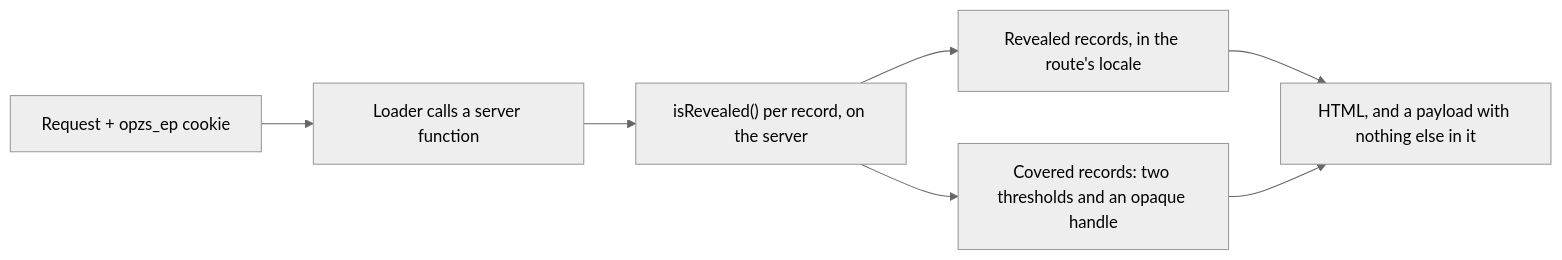
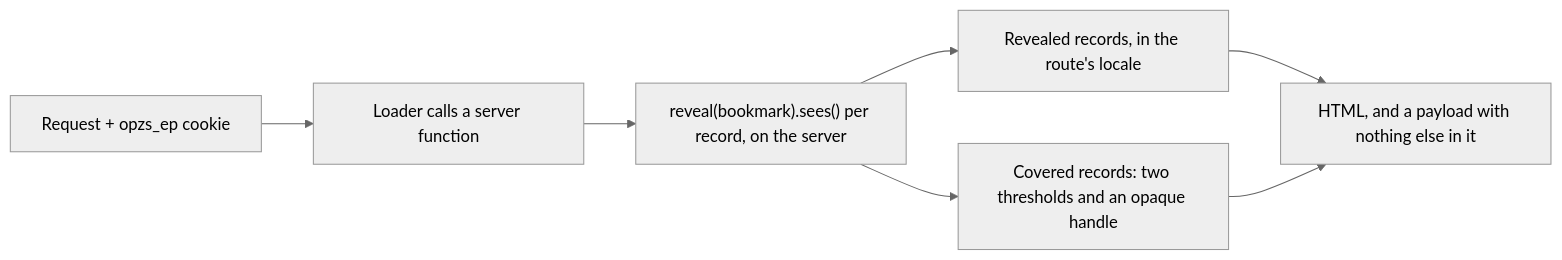
One commit to cosimochellini/one-piece-zero-spoiler changed the diagram in README.md. Above: the diagram before and after it, drawn with Mermaid (neutral theme). The commit also changed 24 other files, not shown here.

````diff
--- a/README.md
+++ b/README.md
@@ -57,9 +57,9 @@
 ```mermaid
 flowchart LR
   A["Request + opzs_ep cookie"] --> B["Loader calls a server function"]
-  B --> C["isRevealed() per record, on the server"]
+  B --> C["reveal(bookmark).sees() per record, on the server"]
   C --> D["Revealed records, in the route's locale"]
   C --> E["Covered records: two thresholds and an opaque handle"]
   D --> F["HTML, and a payload with nothing else in it"]
   E --> F
 ```
````
